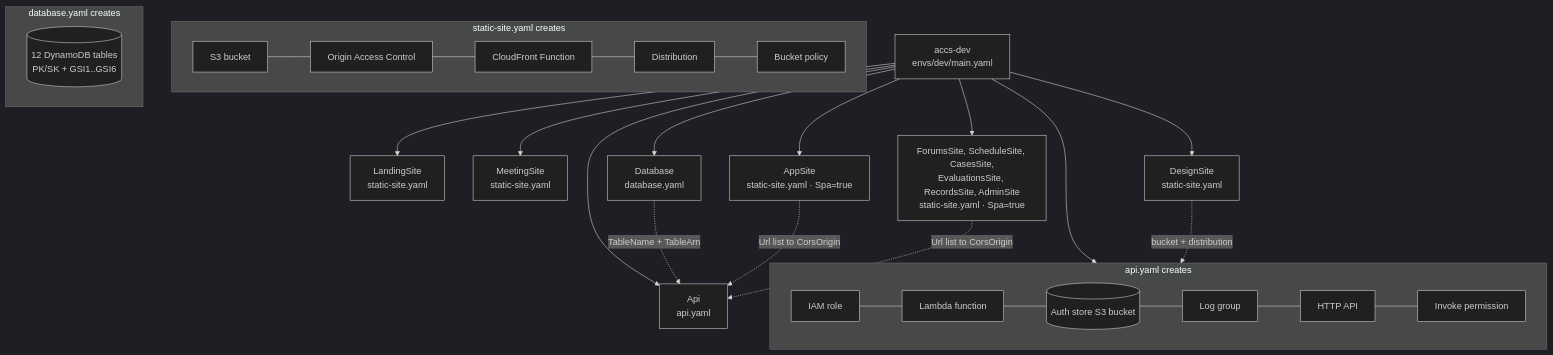
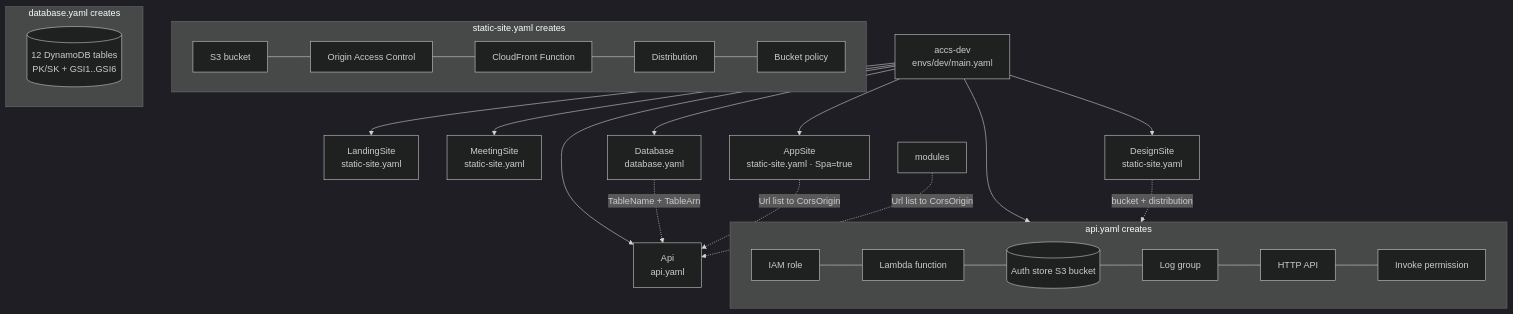
The second of 4 diagrams in README.md (MeetingAt10/accs-architecture), drawn with Mermaid (dark theme) before and after one commit. The commit also changed other lines of this file and 3 other files, not shown here.

````diff
--- a/README.md
+++ b/README.md
@@ -65,28 +66,27 @@
 ```mermaid
 flowchart TB
   root["accs-dev<br/>envs/dev/main.yaml"]
   root --> landing["LandingSite<br/>static-site.yaml"]
   root --> meeting["MeetingSite<br/>static-site.yaml"]
   root --> app["AppSite<br/>static-site.yaml · Spa=true"]
-  root --> modules["ForumsSite, ScheduleSite, CasesSite,<br/>EvaluationsSite, RecordsSite, AdminSite<br/>static-site.yaml · Spa=true"]
   root --> design["DesignSite<br/>static-site.yaml"]
   root --> role["DesignDeployRole<br/>github-deploy-role.yaml"]
   design -. bucket + distribution .-> role
   root --> db["Database<br/>database.yaml"]
   root --> api["Api<br/>api.yaml"]
   db -. TableName + TableArn .-> api
   app & modules -. Url list to CorsOrigin .-> api
 
   subgraph site["static-site.yaml creates"]
     direction LR
     b[S3 bucket] --- oac[Origin Access Control] --- cff[CloudFront Function] --- dist[Distribution] --- pol[Bucket policy]
   end
   subgraph dbt["database.yaml creates"]
     direction LR
     t[(12 DynamoDB tables<br/>PK/SK + GSI1..GSI6)]
   end
   subgraph apit["api.yaml creates"]
     direction LR
     role[IAM role] --- f[Lambda function] --- ab[(Auth store S3 bucket)] --- lg[Log group] --- http[HTTP API] --- perm[Invoke permission]
   end
 ```
````
